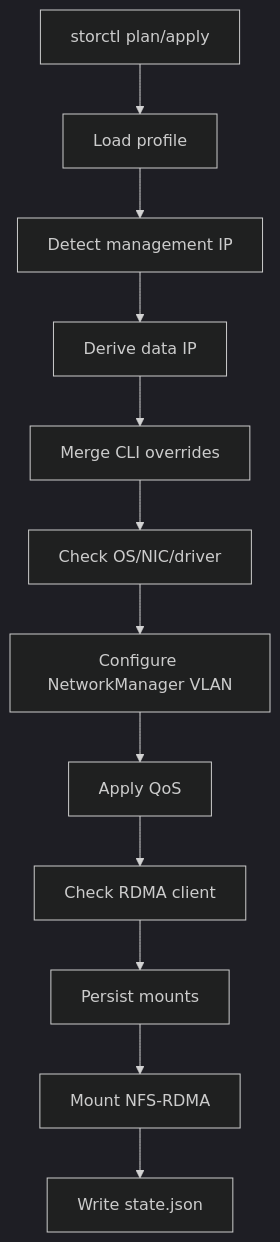
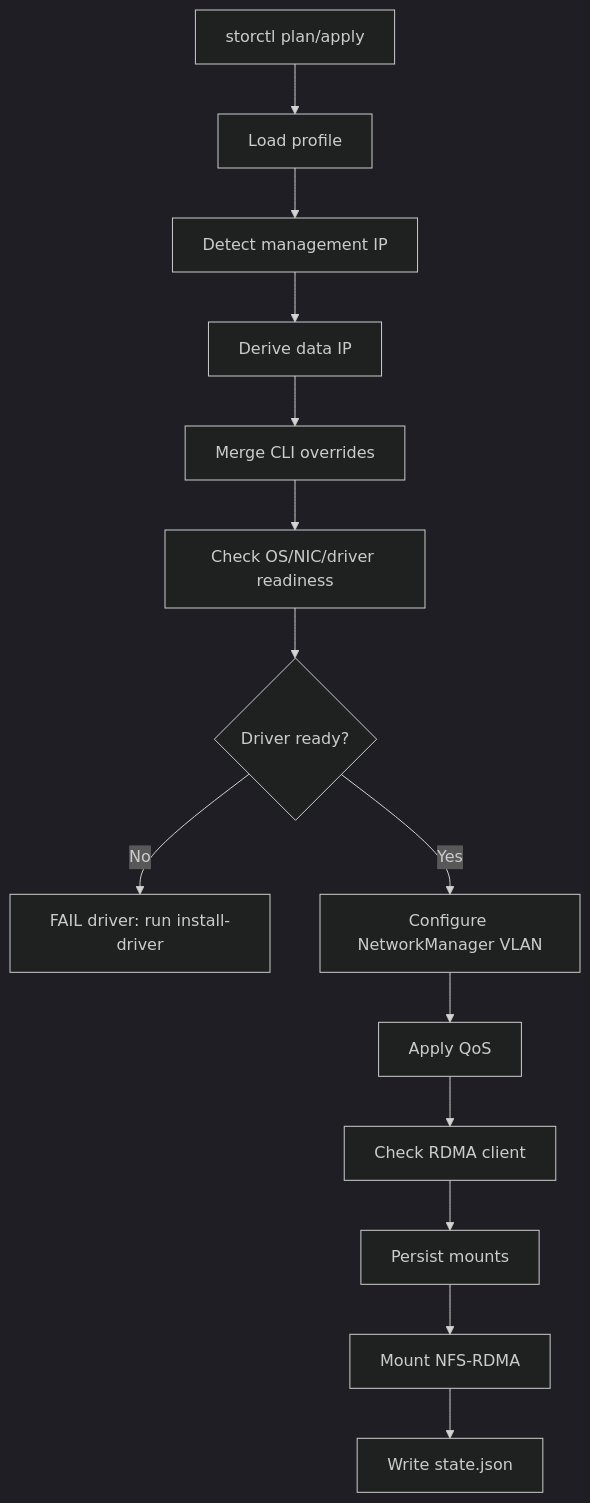
Before and after one commit to vbhsjd/storctl: the diagram in README.en.md, drawn with Mermaid (dark theme). The commit also changed other lines of this file and 15 other files, not shown here.

````diff
--- a/README.en.md
+++ b/README.en.md
@@ -44,14 +56,16 @@
 ```mermaid
 flowchart TD
   A["storctl plan/apply"] --> B["Load profile"]
   B --> C["Detect management IP"]
   C --> D["Derive data IP"]
   D --> E["Merge CLI overrides"]
-  E --> F["Check OS/NIC/driver"]
-  F --> G["Configure NetworkManager VLAN"]
-  G --> H["Apply QoS"]
-  H --> I["Check RDMA client"]
-  I --> J["Persist mounts"]
-  J --> K["Mount NFS-RDMA"]
-  K --> L["Write state.json"]
+  E --> F["Check OS/NIC/driver readiness"]
+  F --> G{"Driver ready?"}
+  G -- "No" --> H["FAIL driver: run install-driver"]
+  G -- "Yes" --> I["Configure NetworkManager VLAN"]
+  I --> J["Apply QoS"]
+  J --> K["Check RDMA client"]
+  K --> L["Persist mounts"]
+  L --> M["Mount NFS-RDMA"]
+  M --> N["Write state.json"]
 ```
````
